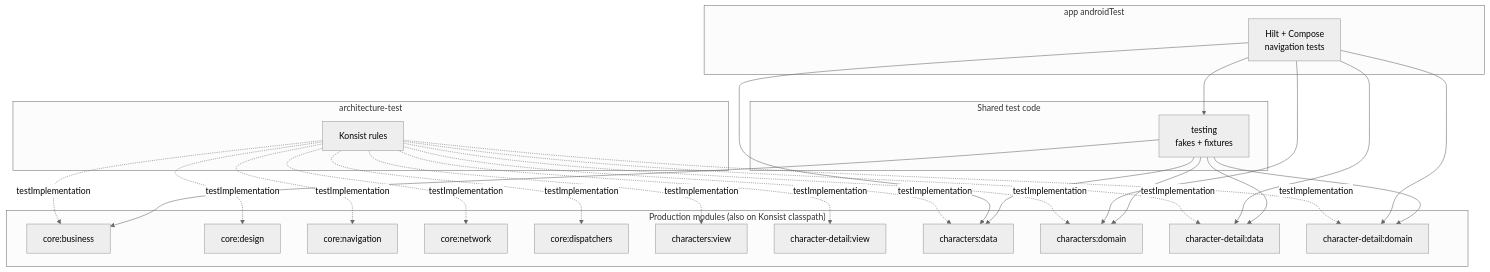
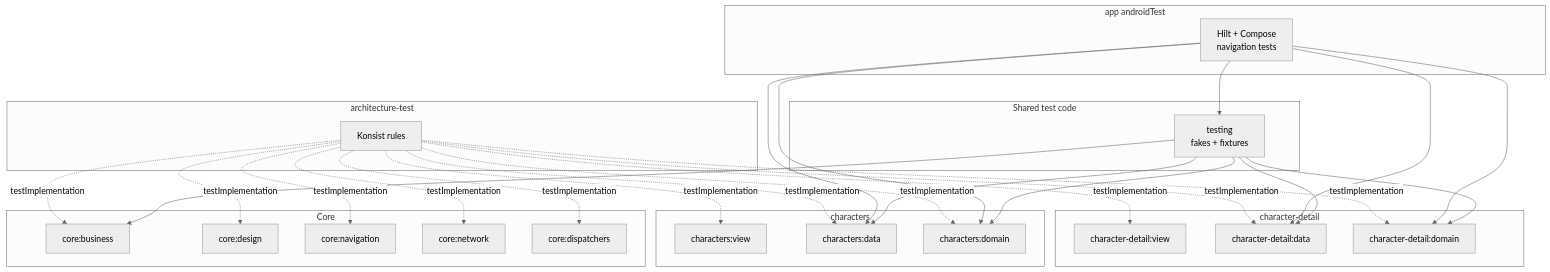
One commit to haldny/DragonBall-Compose changed the second of 2 diagrams in README.md. Above: the diagram before and after it, drawn with Mermaid (neutral theme). The commit also changed other lines of this file, not shown here.

Commit message:
Create subgraph for features

````diff
--- a/README.md
+++ b/README.md
@@ -102,52 +105,58 @@
 ```mermaid
 flowchart TB
   subgraph helpers["Shared test code"]
     TMOD["testing<br/>fakes + fixtures"]
   end
 
-  subgraph prod["Production modules (also on Konsist classpath)"]
+  subgraph core_prod["Core"]
     BUS[core:business]
     DESIGN[core:design]
     NAV[core:navigation]
     NET[core:network]
     DISP[core:dispatchers]
+  end
+
+  subgraph characters_feat["characters"]
     CV[characters:view]
-    CDV[character-detail:view]
     CDATA[characters:data]
     CDOMAIN[characters:domain]
+  end
+
+  subgraph detail_feat["character-detail"]
+    CDV[character-detail:view]
     DDATA[character-detail:data]
     DDOMAIN[character-detail:domain]
   end
 
   subgraph arch["architecture-test"]
     K[Konsist rules]
   end
 
   subgraph app_test["app androidTest"]
     HILT[Hilt + Compose<br/>navigation tests]
   end
 
   TMOD --> BUS
   TMOD --> CDOMAIN
   TMOD --> DDOMAIN
   TMOD --> CDATA
   TMOD --> DDATA
 
   HILT --> TMOD
   HILT --> CDOMAIN
   HILT --> DDOMAIN
   HILT --> CDATA
   HILT --> DDATA
 
   K -.->|testImplementation| BUS
   K -.->|testImplementation| DESIGN
   K -.->|testImplementation| NAV
   K -.->|testImplementation| NET
   K -.->|testImplementation| DISP
   K -.->|testImplementation| CV
   K -.->|testImplementation| CDV
   K -.->|testImplementation| CDATA
   K -.->|testImplementation| DDATA
   K -.->|testImplementation| CDOMAIN
   K -.->|testImplementation| DDOMAIN
 ```
````
